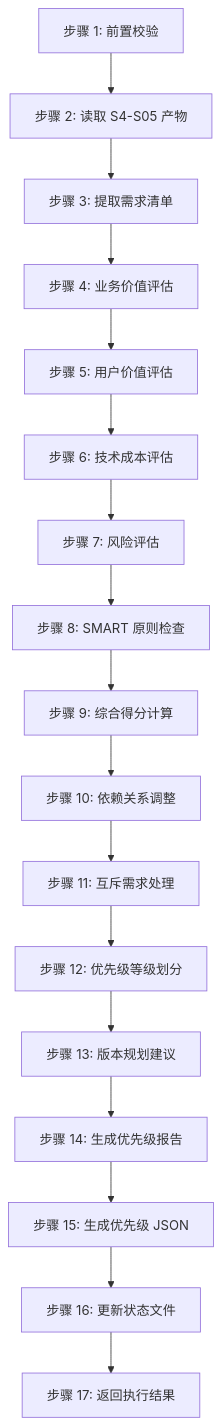
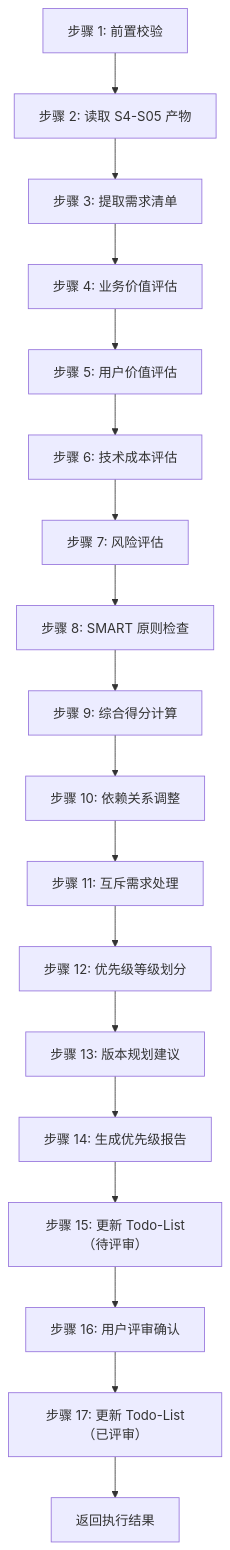
One commit to HeartFlying/swf changed the diagram in skills/s4-integration/skill6-priority/SKILL.md. Above: the diagram before and after it, drawn with Mermaid. The commit also changed other lines of this file and 39 other files, not shown here.

````diff
--- a/skills/s4-integration/skill6-priority/SKILL.md
+++ b/skills/s4-integration/skill6-priority/SKILL.md
@@ -157,19 +211,20 @@
 ```mermaid
 graph TD
     A[步骤 1: 前置校验] --> B[步骤 2: 读取 S4-S05 产物]
     B --> C[步骤 3: 提取需求清单]
     C --> D[步骤 4: 业务价值评估]
     D --> E[步骤 5: 用户价值评估]
     E --> F[步骤 6: 技术成本评估]
     F --> G[步骤 7: 风险评估]
     G --> H[步骤 8: SMART 原则检查]
     H --> I[步骤 9: 综合得分计算]
     I --> J[步骤 10: 依赖关系调整]
     J --> K[步骤 11: 互斥需求处理]
     K --> L[步骤 12: 优先级等级划分]
     L --> M[步骤 13: 版本规划建议]
     M --> N[步骤 14: 生成优先级报告]
-    N --> O[步骤 15: 生成优先级 JSON]
-    O --> P[步骤 16: 更新状态文件]
-    P --> Q[步骤 17: 返回执行结果]
+    N --> O[步骤 15: 更新 Todo-List（待评审）]
+    O --> P[步骤 16: 用户评审确认]
+    P --> Q[步骤 17: 更新 Todo-List（已评审）]
+    Q --> R[返回执行结果]
 ```
````
